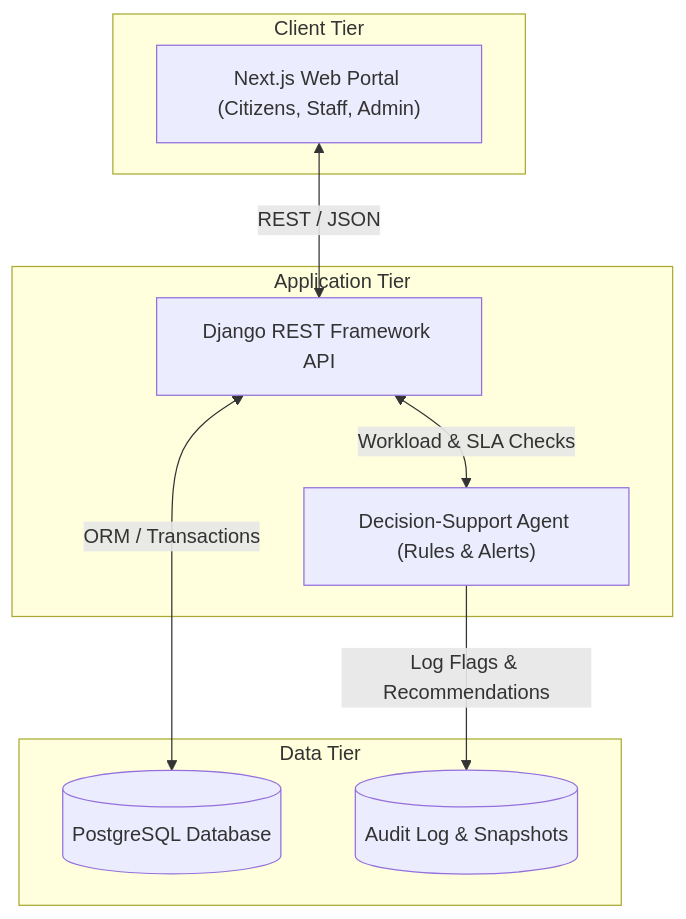
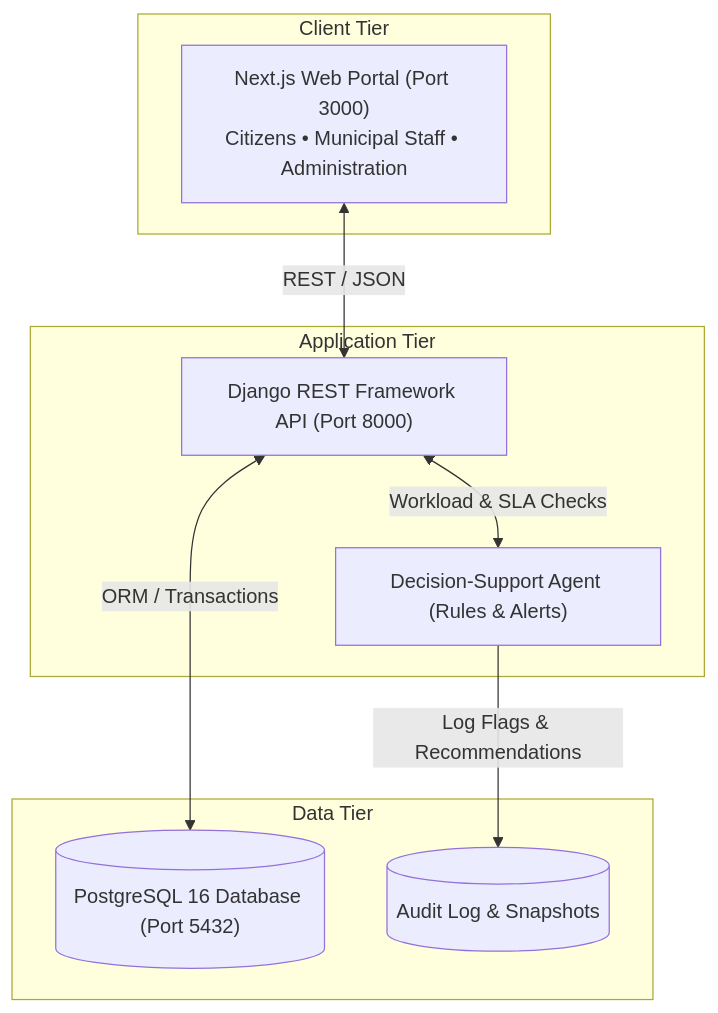
The first of 7 diagrams in README.md (Arish026/municipal-complaint-system), drawn with Mermaid before and after one commit. The commit also changed other lines of this file and 4 other files, not shown here.

Commit message:
docs: add concrete ERD, semantic nets, and DFD levels 0, 1, and 2 specifications

````diff
--- a/README.md
+++ b/README.md
@@ -15,21 +22,21 @@
 ```mermaid
 graph TD
     subgraph Client Tier
-        UI["Next.js Web Portal (Citizens, Staff, Admin)"]
+        UI["Next.js Web Portal (Port 3000)<br/>Citizens • Municipal Staff • Administration"]
     end
 
     subgraph Application Tier
-        API["Django REST Framework API"]
+        API["Django REST Framework API (Port 8000)"]
         Agent["Decision-Support Agent (Rules & Alerts)"]
     end
 
     subgraph Data Tier
-        DB[("PostgreSQL Database")]
+        DB[("PostgreSQL 16 Database (Port 5432)")]
         Audit[("Audit Log & Snapshots")]
     end
 
     UI <-->|REST / JSON| API
     API <-->|ORM / Transactions| DB
     API <-->|Workload & SLA Checks| Agent
     Agent -->|Log Flags & Recommendations| Audit
 ```
````
